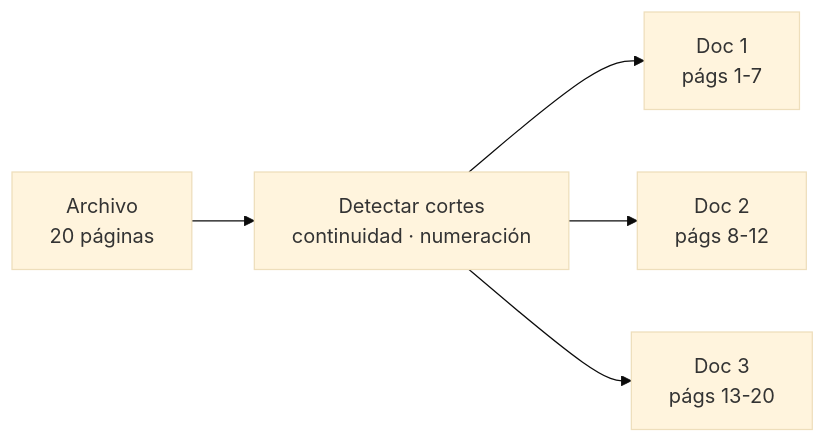
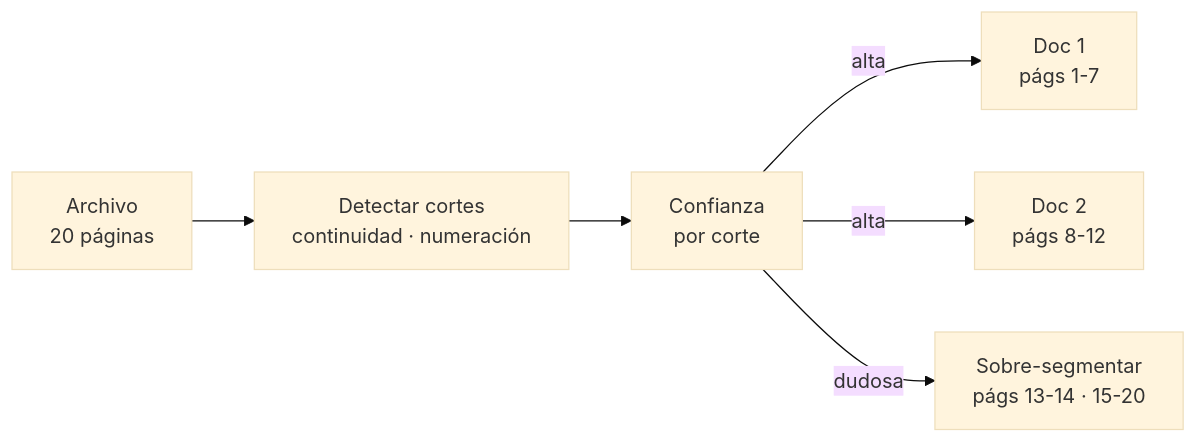
Before and after one commit to mariogarcia-ar/docflow: the first of 15 diagrams in readme-min.md, drawn with Mermaid (base theme). The commit also changed other lines of this file, not shown here.

Commit message:
Refactor README.md to enhance clarity and detail in document extraction components, including flow adjustments and expanded descriptions for Segmentador, Identificador, Diagnóstico, Reconstructor, Validador, Consistencia, Catálogo, Contrato, and Revisor.

````diff
--- a/readme-min.md
+++ b/readme-min.md
@@ -47,7 +59,8 @@
 ```mermaid
 graph LR
     A["Archivo<br/>20 páginas"] --> B["Detectar cortes<br/>continuidad · numeración"]
-    B --> C["Doc 1<br/>págs 1-7"]
-    B --> D["Doc 2<br/>págs 8-12"]
-    B --> E["Doc 3<br/>págs 13-20"]
+    B --> C["Confianza<br/>por corte"]
+    C -->|"alta"| D["Doc 1<br/>págs 1-7"]
+    C -->|"alta"| E["Doc 2<br/>págs 8-12"]
+    C -->|"dudosa"| F["Sobre-segmentar<br/>págs 13-14 · 15-20"]
 ```
````
